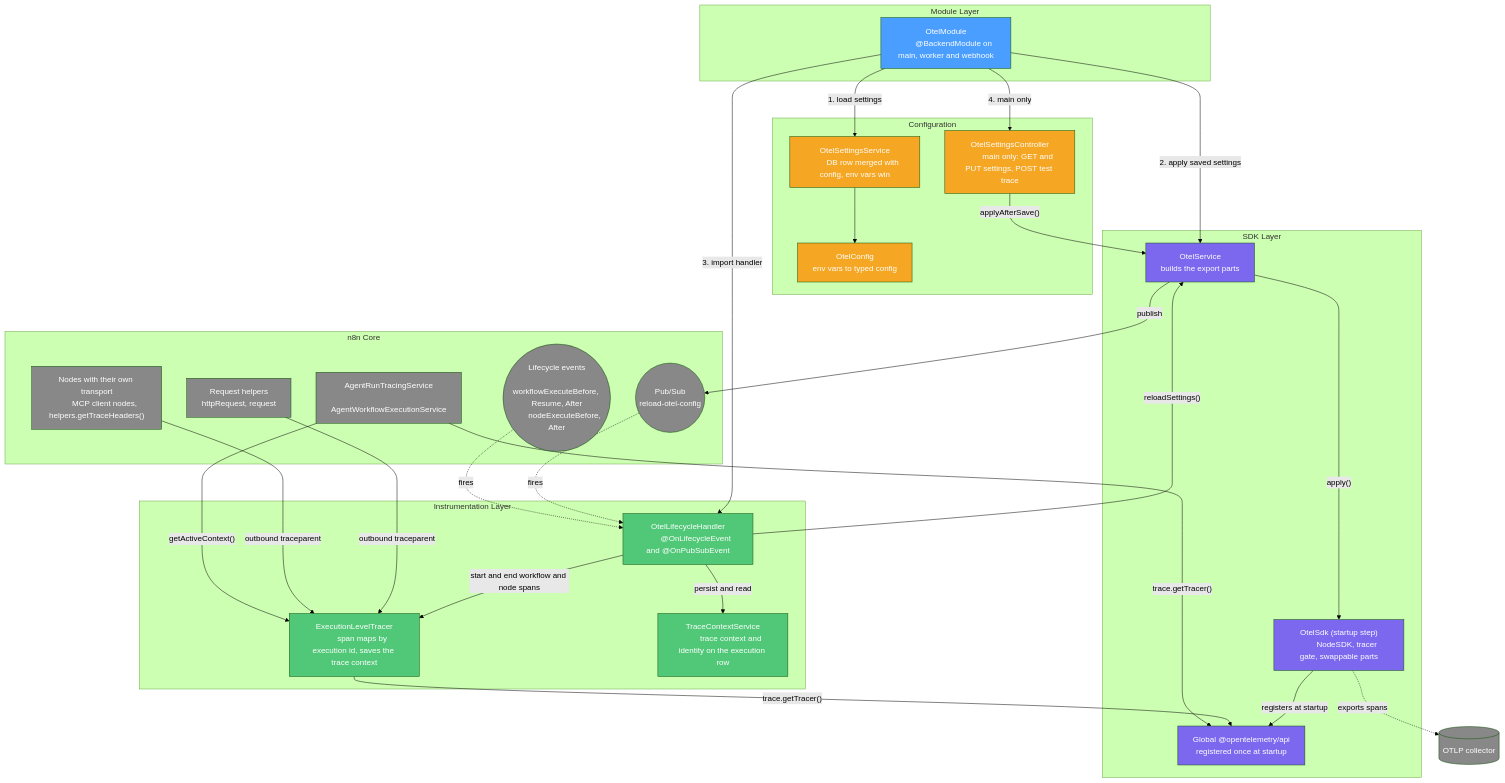
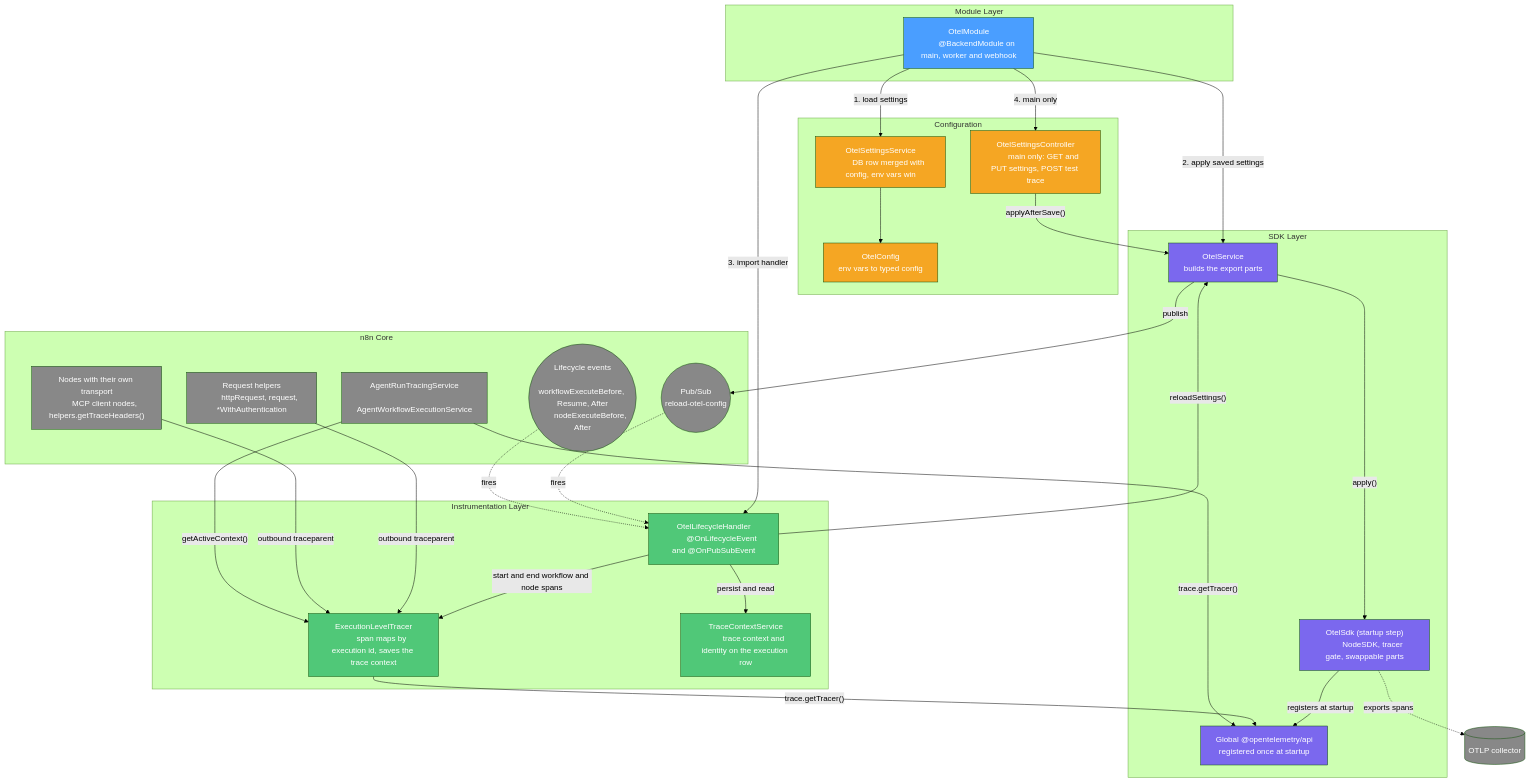
One commit to koreatest12/studys changed the diagram in n8n_integration/n8n_source/packages/cli/src/modules/otel/README.md. Above: the diagram before and after it, drawn with Mermaid (forest theme). The commit also changed other lines of this file and 3763 other files, not shown here.

```diff
--- a/n8n_integration/n8n_source/packages/cli/src/modules/otel/README.md
+++ b/n8n_integration/n8n_source/packages/cli/src/modules/otel/README.md
@@ -278,7 +300,7 @@
         PUB(("Pub/Sub
         reload-otel-config"))
         REQ["Request helpers
-        httpRequest, request"]
+        httpRequest, request, *WithAuthentication"]
         MCP["Nodes with their own transport
         MCP client nodes, helpers.getTraceHeaders()"]
         AGT["AgentRunTracingService
```
